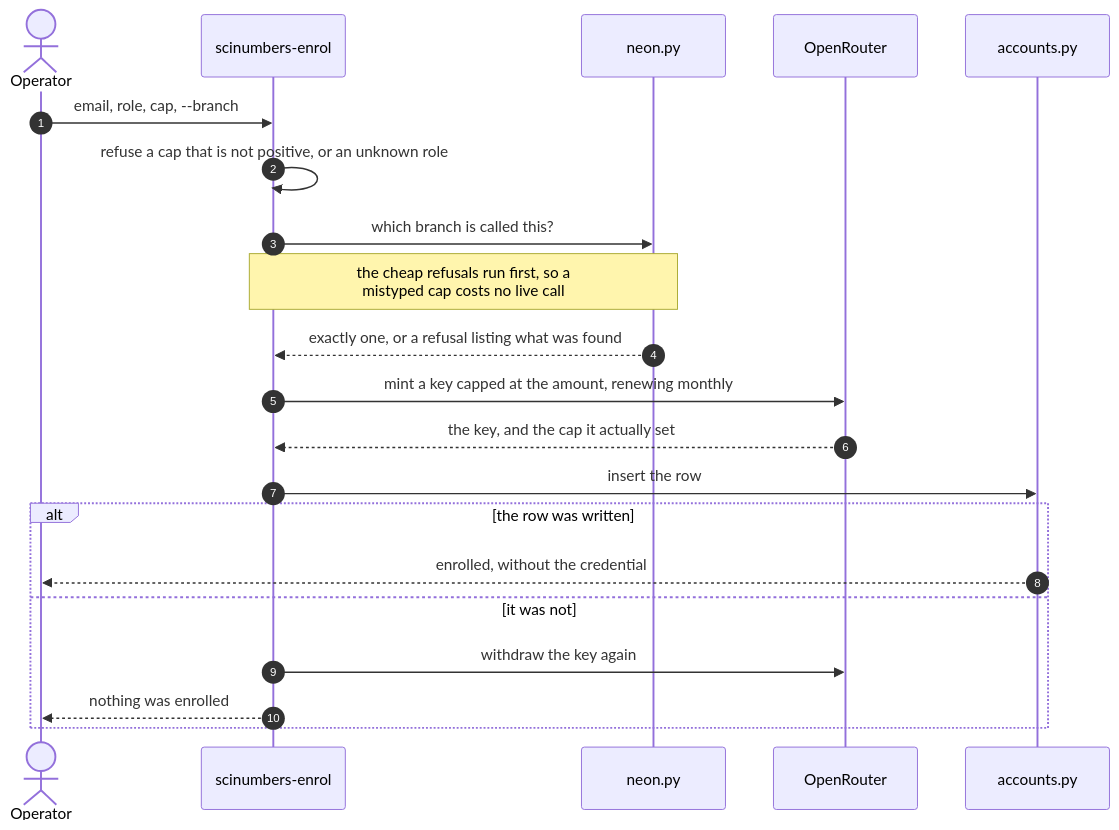
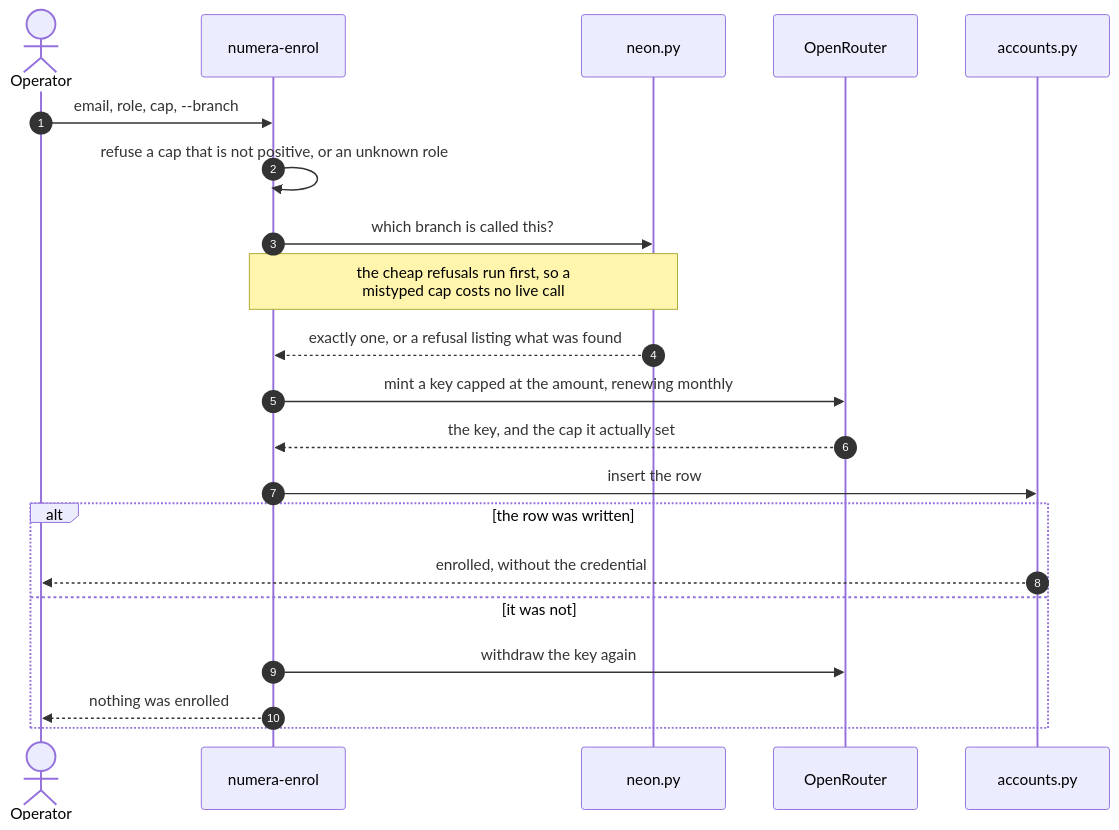
The fifth of 14 diagrams in docs/diagrams/architecture.md (DukeOfErl/Numera), drawn with Mermaid before and after one commit. The commit also changed other lines of this file and 225 other files, not shown here.

````diff
--- a/docs/diagrams/architecture.md
+++ b/docs/diagrams/architecture.md
@@ -210,23 +210,23 @@
 ```mermaid
 sequenceDiagram
     autonumber
     actor Operator
-    participant Cmd as scinumbers-enrol
+    participant Cmd as numera-enrol
     participant Neon as neon.py
     participant OR as OpenRouter
     participant Accounts as accounts.py
     Operator->>Cmd: email, role, cap, --branch
     Cmd->>Cmd: refuse a cap that is not positive, or an unknown role
     Cmd->>Neon: which branch is called this?
     Note over Cmd,Neon: the cheap refusals run first, so a<br/>mistyped cap costs no live call
     Neon-->>Cmd: exactly one, or a refusal listing what was found
     Cmd->>OR: mint a key capped at the amount, renewing monthly
     OR-->>Cmd: the key, and the cap it actually set
     Cmd->>Accounts: insert the row
     alt the row was written
         Accounts-->>Operator: enrolled, without the credential
     else it was not
         Cmd->>OR: withdraw the key again
         Cmd-->>Operator: nothing was enrolled
     end
 ```
````
